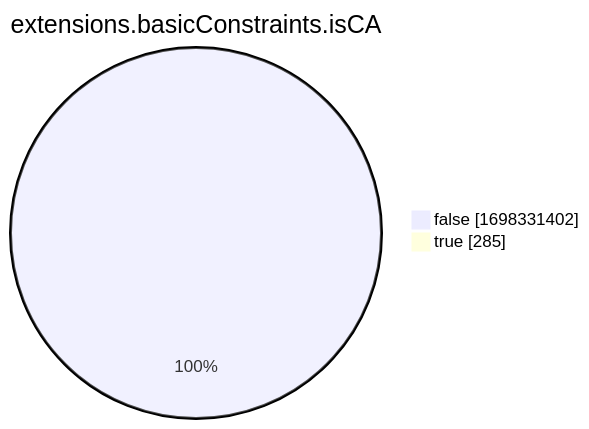
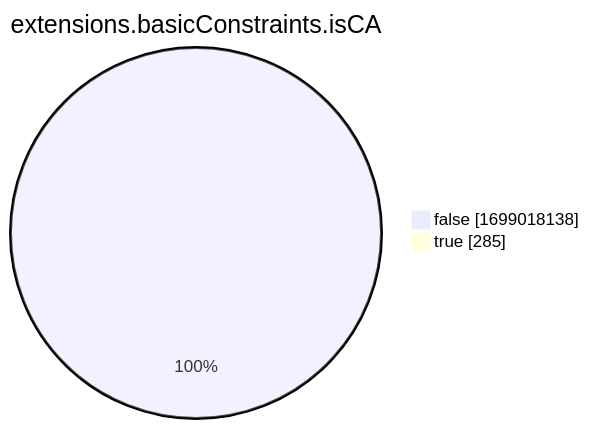
Before and after one commit to christiankrug/ctmonitor_visualization: the eighth of 15 diagrams in xenon2022/README.md, drawn with Mermaid. The commit also changed other lines of this file, not shown here.

````diff
--- a/xenon2022/README.md
+++ b/xenon2022/README.md
@@ -2865,6 +2865,6 @@
 ```mermaid
 pie showData
 title extensions.basicConstraints.isCA
-"false" :1698331402
+"false" :1699018138
 "true" :285
 ```
````
